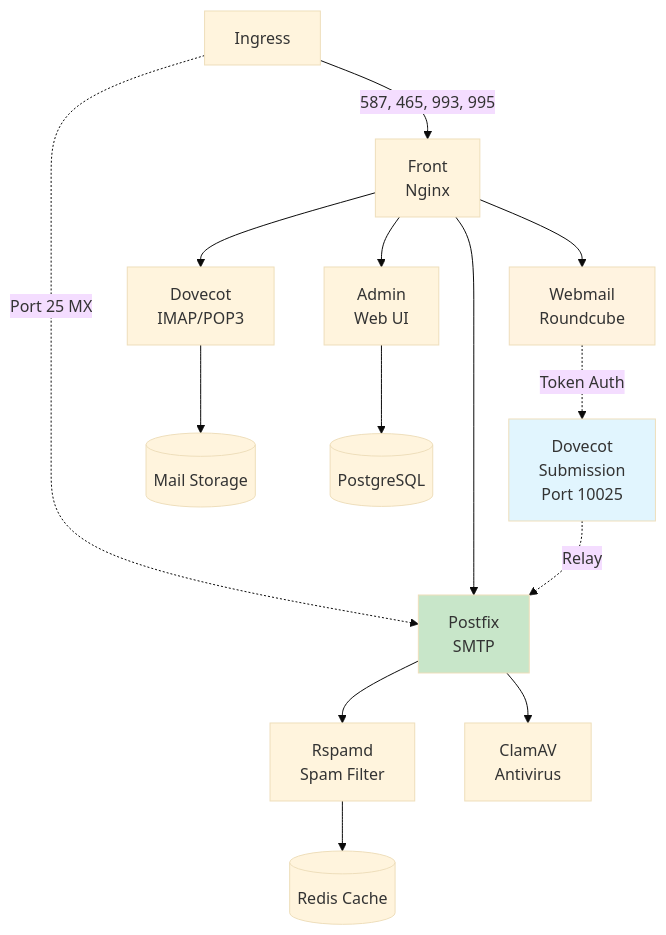
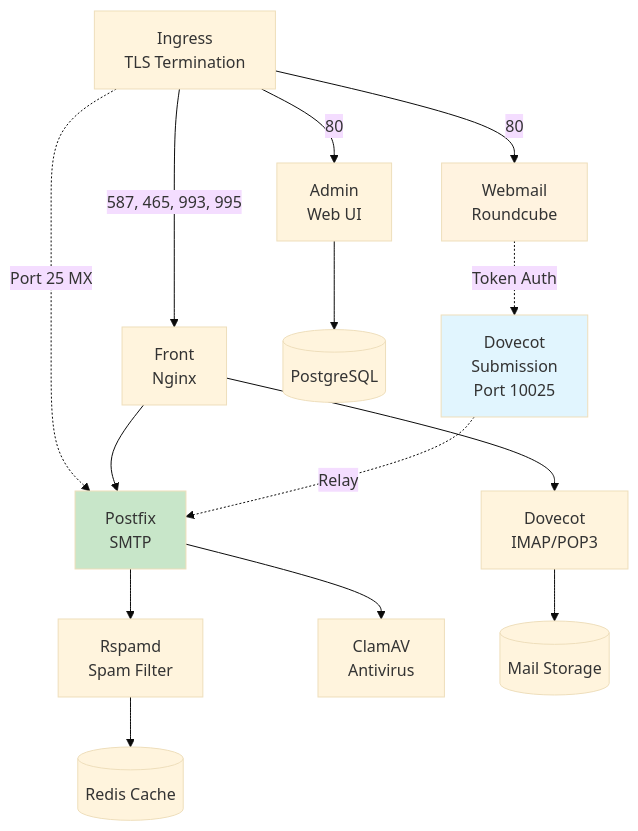
One commit to bluedynamics/cdk8s-mailu changed the diagram in documentation/sources/explanation/architecture.md. Above: the diagram before and after it, drawn with Mermaid (base theme). The commit also changed other lines of this file, not shown here.

Commit message:
docs: update architecture to reflect Traefik TLS termination and correct traffic flows

````diff
--- a/documentation/sources/explanation/architecture.md
+++ b/documentation/sources/explanation/architecture.md
@@ -13,22 +13,22 @@
 ```mermaid
 graph TB
-    Ingress[Ingress] -->|587, 465, 993, 995| FrontNginx[Front<br/>Nginx]
+    Ingress[Ingress<br/>TLS Termination] -->|587, 465, 993, 995| FrontNginx[Front<br/>Nginx]
+    Ingress -->|80| Admin[Admin<br/>Web UI]
+    Ingress -->|80| Webmail[Webmail<br/>Roundcube]
     Ingress -.Port 25 MX.-> Postfix[Postfix<br/>SMTP]
     FrontNginx --> Postfix
     FrontNginx --> Dovecot[Dovecot<br/>IMAP/POP3]
-    FrontNginx --> Admin[Admin<br/>Web UI]
-    FrontNginx --> Webmail[Webmail<br/>Roundcube]
 
     Webmail -.Token Auth.-> DovecotSub[Dovecot<br/>Submission<br/>Port 10025]
     DovecotSub -.Relay.-> Postfix
 
     Postfix --> Rspamd[Rspamd<br/>Spam Filter]
     Postfix --> ClamAV[ClamAV<br/>Antivirus]
     Dovecot --> Data[(Mail Storage)]
     Admin --> Database[(PostgreSQL)]
     Rspamd --> Redis[(Redis Cache)]
 
     style DovecotSub fill:#e1f5fe
     style Webmail fill:#fff3e0
     style Postfix fill:#c8e6c9
 ```
````
